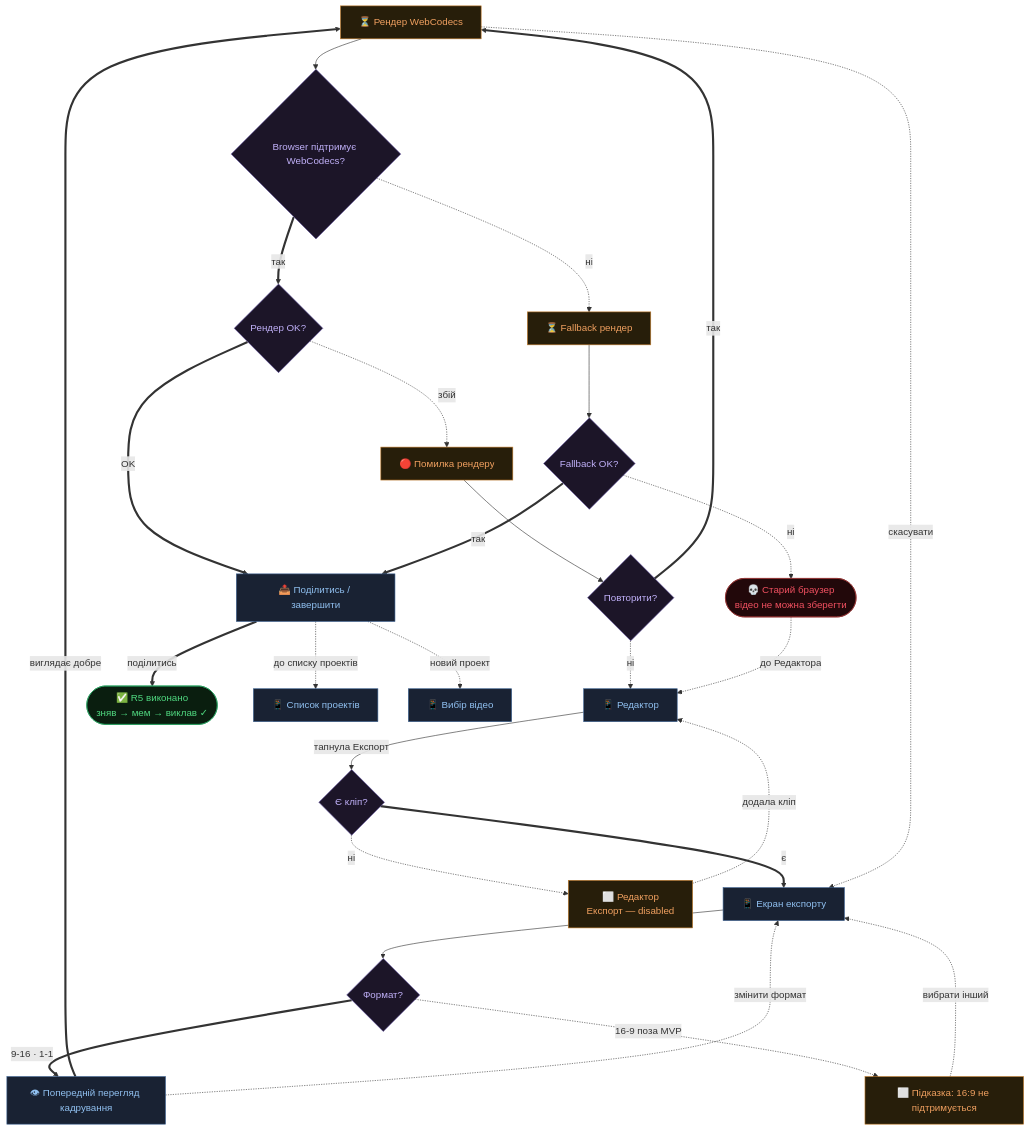
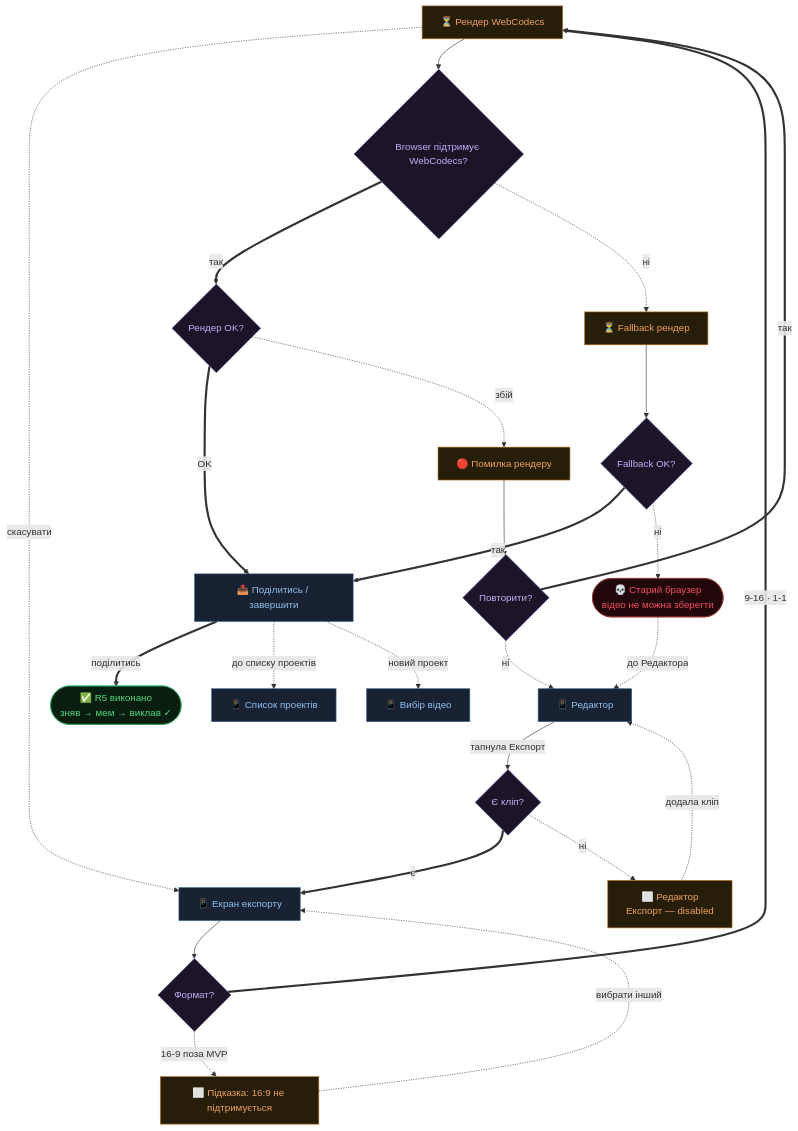
Before and after one commit to Zhmenya92/Memkat: the sixth of 6 diagrams in research/flows.md, drawn with Mermaid. The commit also changed other lines of this file and 1 other file, not shown here.

First line of the commit message:
design: embed crop preview into Export screen, remove CROP_PREV node

````diff
--- a/research/flows.md
+++ b/research/flows.md
@@ -284,42 +282,39 @@
 ```mermaid
 flowchart TD
     classDef screen  fill:#192233,stroke:#3a6090,color:#90c0f0
     classDef state   fill:#271e0a,stroke:#c07a28,color:#f0a060
     classDef decide  fill:#1c1528,stroke:#6050a0,color:#c0b0f8
     classDef ok      fill:#0a1e0f,stroke:#28a060,color:#50d880
     classDef fail    fill:#22080a,stroke:#903030,color:#f05060
 
     REND["⏳ Рендер WebCodecs"]:::state
 
     ED["📱 Редактор"]:::screen -- тапнула Експорт --> QC{Є кліп?}:::decide
     QC == є ==> EXP["📱 Екран експорту"]:::screen
     QC -. ні .-> DIS["⬜ Редактор\nЕкспорт — disabled"]:::state
     DIS -. додала кліп .-> ED
 
     EXP --> QF{Формат?}:::decide
-    QF == 9-16 · 1-1 ==> CROP_PREV["👁 Попередній перегляд кадрування"]:::screen
+    QF == 9-16 · 1-1 ==> REND
     QF -. 16-9 поза MVP .-> NA["⬜ Підказка: 16:9 не підтримується"]:::state
     NA -. вибрати інший .-> EXP
-
-    CROP_PREV == виглядає добре ==> REND
-    CROP_PREV -. змінити формат .-> EXP
     REND -. скасувати .-> EXP
     REND --> QWC{Browser підтримує WebCodecs?}:::decide
     QWC == так ==> QR{Рендер OK?}:::decide
     QWC -. ні .-> FB["⏳ Fallback рендер"]:::state
 
     QR == OK ==> SHARE["📤 Поділитись / завершити"]:::screen
     QR -. збій .-> RE["🔴 Помилка рендеру"]:::state
     RE --> QRT{Повторити?}:::decide
     QRT == так ==> REND
     QRT -. ні .-> ED
 
     FB --> QFB{Fallback OK?}:::decide
     QFB == так ==> SHARE
     QFB -. ні .-> DEAD(["💀 Старий браузер\nвідео не можна зберегти"]):::fail
     DEAD -. до Редактора .-> ED
 
     SHARE == поділитись ==> DONE(["✅ R5 виконано\nзняв → мем → виклав ✓"]):::ok
     SHARE -. до списку проектів .-> PL["📱 Список проектів"]:::screen
     SHARE -. новий проект .-> IMP["📱 Вибір відео"]:::screen
 ```
````
